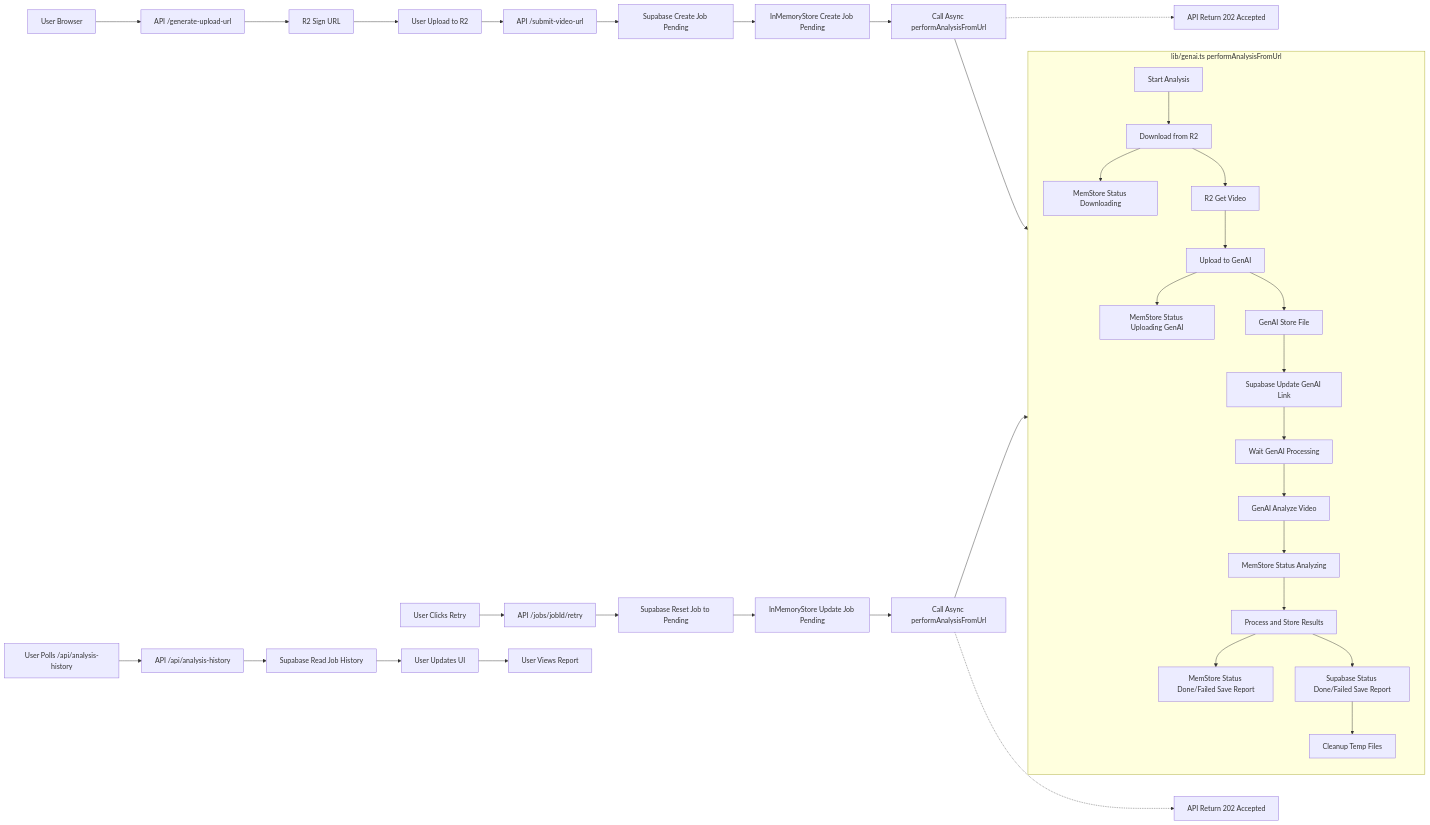
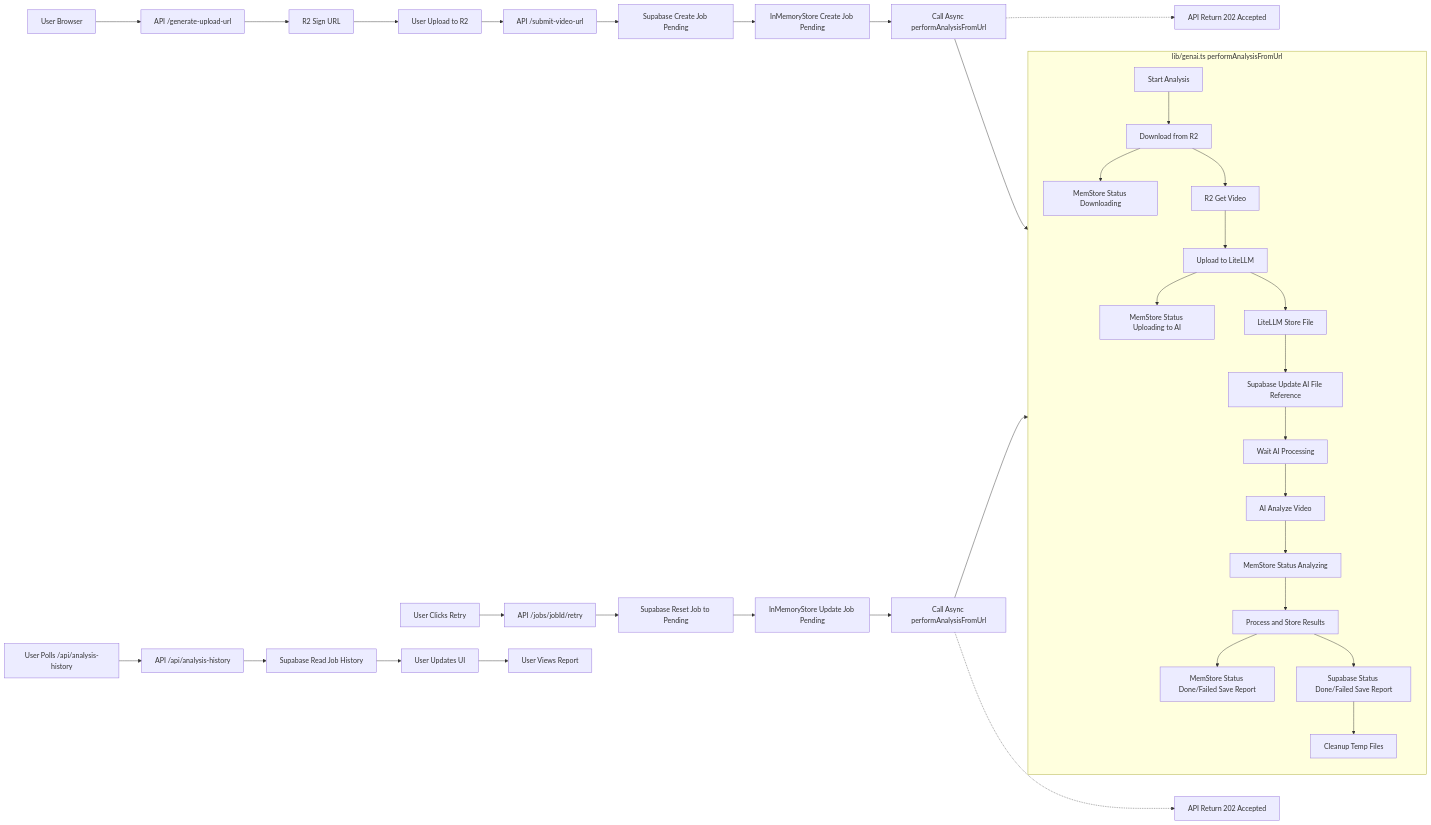
Before and after one commit to bluegithupu/sports-posture-analyzer: the diagram in logic.md, drawn with Mermaid. The commit also changed other lines of this file and 10 other files, not shown here.

````diff
--- a/logic.md
+++ b/logic.md
@@ -97,45 +97,45 @@
 ```mermaid
 flowchart LR
     User[User Browser] --> API_GenerateURL[API /generate-upload-url];
     API_GenerateURL --> R2_SignURL[R2 Sign URL];
     R2_SignURL --> User_Upload[User Upload to R2];
     User_Upload --> API_SubmitURL[API /submit-video-url];
     
     API_SubmitURL --> DB_CreateJob[Supabase Create Job Pending];
     DB_CreateJob --> MemStore_Create[InMemoryStore Create Job Pending];
     MemStore_Create --> AsyncFunc_Start[Call Async performAnalysisFromUrl];
     AsyncFunc_Start -.-> API_SubmitURL_Ack[API Return 202 Accepted];
 
     subgraph AsyncAnalysis [lib/genai.ts performAnalysisFromUrl]
         direction TB
         AsyncFunc_Start_Internal[Start Analysis] --> DownloadVideo[Download from R2];
         DownloadVideo --> MemStore_Update1[MemStore Status Downloading];
         DownloadVideo --> R2_ActualDownload[R2 Get Video];
-        R2_ActualDownload --> UploadToAI[Upload to GenAI];
-        UploadToAI --> MemStore_Update2[MemStore Status Uploading GenAI];
-        UploadToAI --> GenAI_Upload[GenAI Store File];
-        GenAI_Upload --> DB_UpdateLink[Supabase Update GenAI Link];
-        DB_UpdateLink --> WaitGenAI[Wait GenAI Processing];
-        WaitGenAI --> GenAI_Analyze[GenAI Analyze Video];
-        GenAI_Analyze --> MemStore_Update3[MemStore Status Analyzing];
+        R2_ActualDownload --> UploadToAI[Upload to LiteLLM];
+        UploadToAI --> MemStore_Update2[MemStore Status Uploading to AI];
+        UploadToAI --> AI_Upload[LiteLLM Store File];
+        AI_Upload --> DB_UpdateLink[Supabase Update AI File Reference];
+        DB_UpdateLink --> WaitAI[Wait AI Processing];
+        WaitAI --> AI_Analyze[AI Analyze Video];
+        AI_Analyze --> MemStore_Update3[MemStore Status Analyzing];
         MemStore_Update3 --> StoreResults[Process and Store Results];
         StoreResults --> MemStore_Final[MemStore Status Done/Failed Save Report];
         StoreResults --> DB_Final[Supabase Status Done/Failed Save Report];
         DB_Final --> Cleanup[Cleanup Temp Files];
     end
     AsyncFunc_Start --> AsyncFunc_Start_Internal;
 
     User_Polls[User Polls /api/analysis-history] --> API_GetHistory[API /api/analysis-history];
     API_GetHistory --> DB_ReadHistory[Supabase Read Job History];
     DB_ReadHistory --> User_Polls_Update[User Updates UI];
 
     User_Retries[User Clicks Retry] --> API_RetryJob[API /jobs/jobId/retry];
     API_RetryJob --> DB_ResetJob[Supabase Reset Job to Pending];
     DB_ResetJob --> MemStore_Retry[InMemoryStore Update Job Pending];
     MemStore_Retry --> AsyncFunc_Start_Retry[Call Async performAnalysisFromUrl];
     AsyncFunc_Start_Retry -.-> API_RetryJob_Ack[API Return 202 Accepted];
     AsyncFunc_Start_Retry --> AsyncFunc_Start_Internal;
 
     User_Sees_Report[User Views Report];
     User_Polls_Update --> User_Sees_Report;
 ```
````
